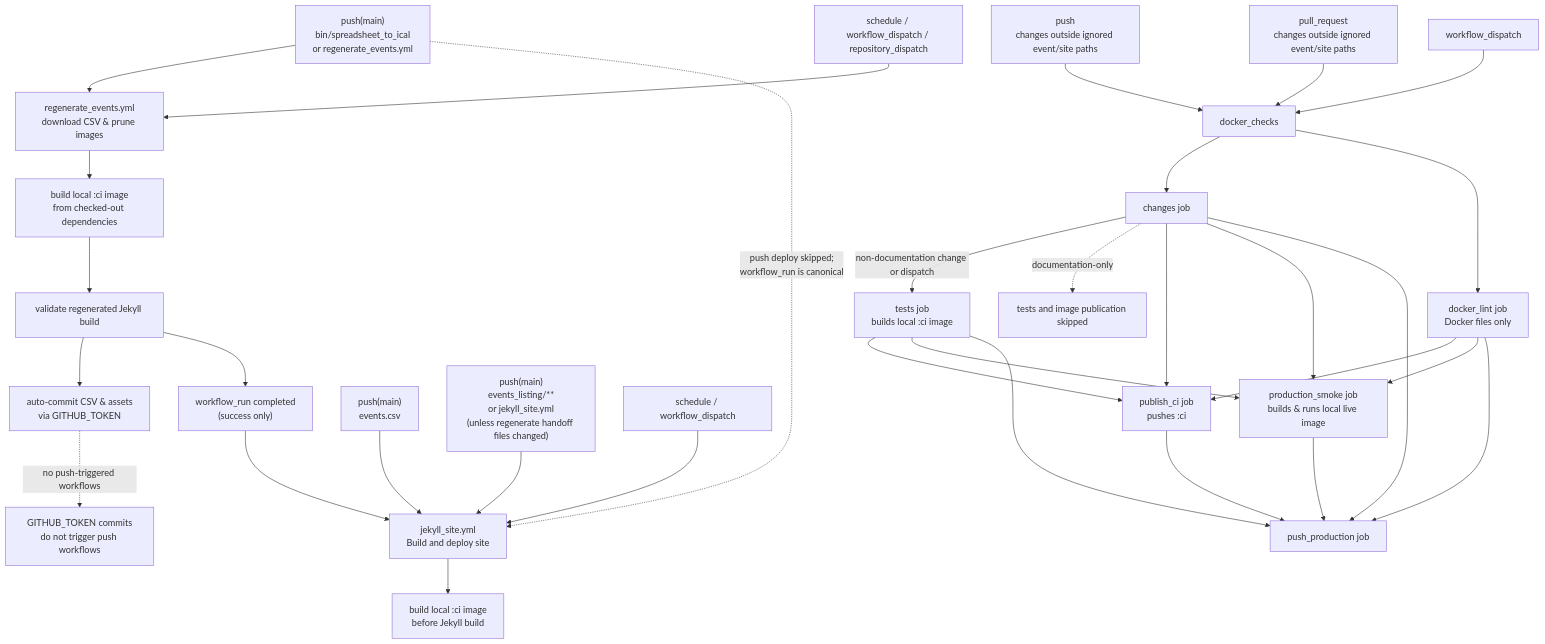
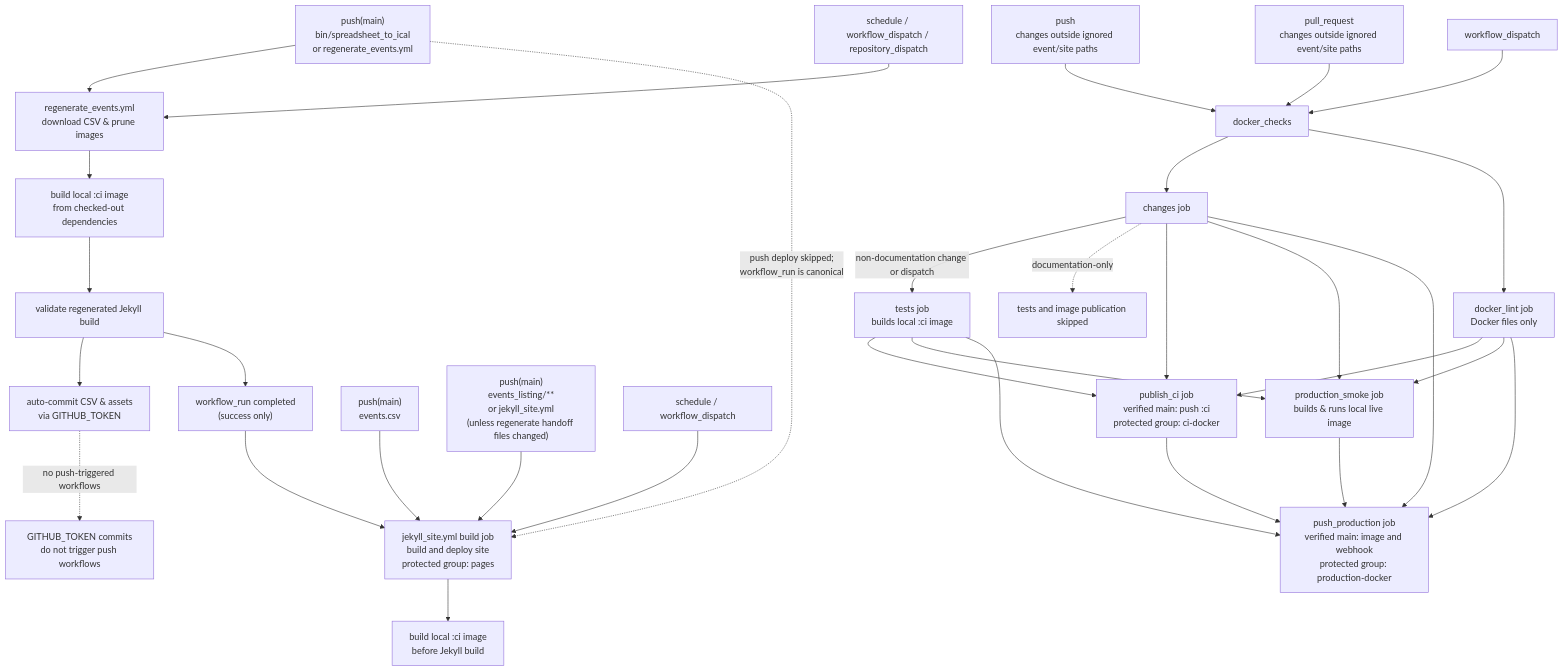
Before and after one commit to zewelor/ps_events: the diagram in .github/workflows/README.md, drawn with Mermaid. The commit also changed other lines of this file and 2 other files, not shown here.

Commit message:
ci: publish each verified backend revision (#152)
* ci: publish each verified backend revision

* ci: use the repository default branch

````diff
--- a/.github/workflows/README.md
+++ b/.github/workflows/README.md
@@ -9,40 +9,40 @@
 ```mermaid
 flowchart TD
     push_regen["push(main)<br/>bin/spreadsheet_to_ical<br/>or regenerate_events.yml"] --> regenerate["regenerate_events.yml<br/>download CSV & prune images"]
     schedule_regen["schedule / workflow_dispatch / repository_dispatch"] --> regenerate
 
     regenerate --> regen_image["build local :ci image<br/>from checked-out dependencies"]
     regen_image --> regen_validate["validate regenerated Jekyll build"]
     regen_validate --> regen_commit["auto-commit CSV & assets<br/>via GITHUB_TOKEN"]
     regen_validate --> regen_complete["workflow_run completed<br/>(success only)"]
-    regen_complete --> jekyll["jekyll_site.yml<br/>Build and deploy site"]
+    regen_complete --> jekyll["jekyll_site.yml build job<br/>build and deploy site<br/>protected group: pages"]
 
     regen_commit -. no push-triggered workflows .-> token_note["GITHUB_TOKEN commits<br/>do not trigger push workflows"]
     push_regen -. push deploy skipped;<br/>workflow_run is canonical .-> jekyll
 
     push_events["push(main)<br/>events.csv"] --> jekyll
 
     push_site["push(main)<br/>events_listing/**<br/>or jekyll_site.yml<br/>(unless regenerate handoff files changed)"] --> jekyll
     schedule_site["schedule / workflow_dispatch"] --> jekyll
     jekyll --> site_image["build local :ci image<br/>before Jekyll build"]
 
     push_backend["push<br/>changes outside ignored event/site paths"] --> docker_checks
     pr_backend["pull_request<br/>changes outside ignored event/site paths"] --> docker_checks
     dispatch_backend["workflow_dispatch"] --> docker_checks
 
     docker_checks --> docker_changes["changes job"]
     docker_changes -->|non-documentation change or dispatch| docker_tests["tests job<br/>builds local :ci image"]
     docker_changes -. documentation-only .-> docker_docs["tests and image publication skipped"]
     docker_checks --> docker_lint["docker_lint job<br/>Docker files only"]
-    docker_tests --> docker_ci["publish_ci job<br/>pushes :ci"]
+    docker_tests --> docker_ci["publish_ci job<br/>verified main: push :ci<br/>protected group: ci-docker"]
     docker_changes --> docker_ci
     docker_lint --> docker_ci
     docker_tests --> docker_smoke["production_smoke job<br/>builds & runs local live image"]
     docker_changes --> docker_smoke
     docker_lint --> docker_smoke
-    docker_ci --> docker_production["push_production job"]
+    docker_ci --> docker_production["push_production job<br/>verified main: image and webhook<br/>protected group: production-docker"]
     docker_smoke --> docker_production
     docker_changes --> docker_production
     docker_tests --> docker_production
     docker_lint --> docker_production
 ```
````
